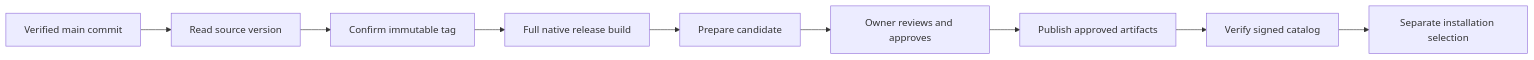
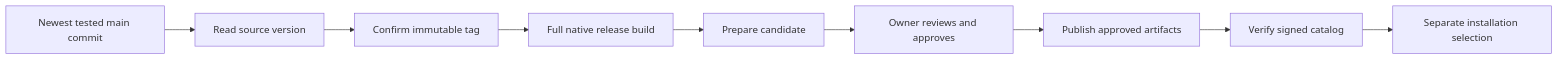
The diagram in docs/public/operate/release-cutting.md (znasllc-io/memql), drawn with Mermaid before and after one commit. The commit also changed other lines of this file and 23 other files, not shown here.

First line of the commit message:
release: prepare from the newest commit on main whose checks passed

````diff
--- a/docs/public/operate/release-cutting.md
+++ b/docs/public/operate/release-cutting.md
@@ -23,11 +23,11 @@
 ```mermaid
 flowchart LR
-  Source[Verified main commit] --> Version[Read source version]
+  Source[Newest tested main commit] --> Version[Read source version]
   Version --> Tag[Confirm immutable tag]
   Tag --> Build[Full native release build]
   Build --> Candidate[Prepare candidate]
   Candidate --> Approval[Owner reviews and approves]
   Approval --> Publish[Publish approved artifacts]
   Publish --> Catalog[Verify signed catalog]
   Catalog --> Select[Separate installation selection]
 ```
````
